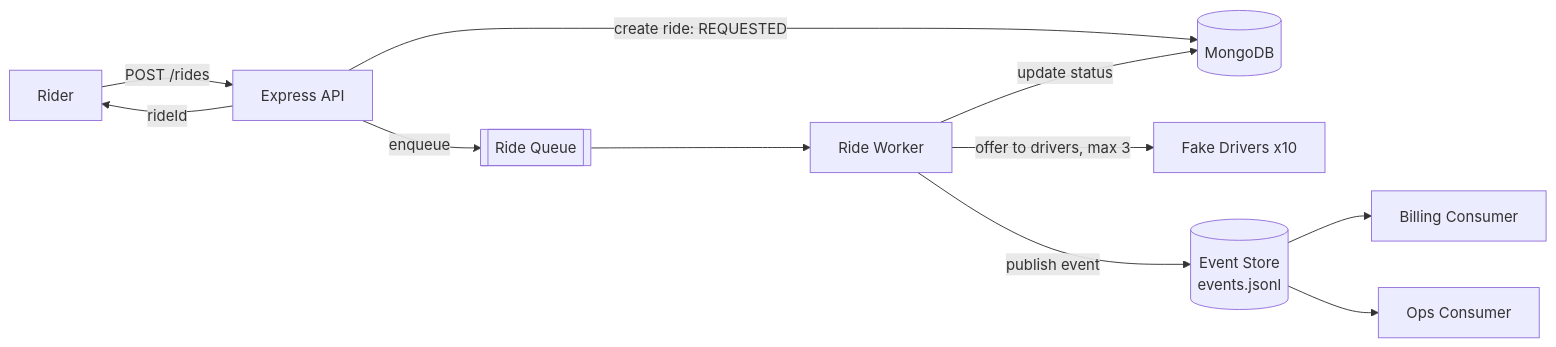
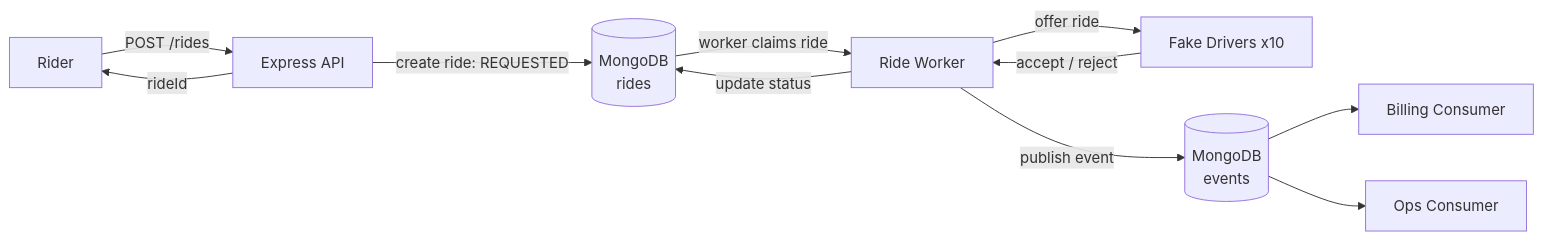
Before and after one commit to ayeshaikh017/ride-booking-system: the first of 2 diagrams in README.md, drawn with Mermaid. The commit also changed other lines of this file and 11 other files, not shown here.

````diff
--- a/README.md
+++ b/README.md
@@ -104,13 +122,13 @@
 ```mermaid
 flowchart LR
     A[Rider] -->|POST /rides| B[Express API]
-    B -->|create ride: REQUESTED| C[(MongoDB)]
-    B -->|enqueue| D[[Ride Queue]]
+    B -->|create ride: REQUESTED| C[(MongoDB<br/>rides)]
     B -->|rideId| A
-    D --> E[Ride Worker]
-    E -->|offer to drivers, max 3| F[Fake Drivers x10]
-    E -->|update status| C
-    E -->|publish event| G[(Event Store<br/>events.jsonl)]
-    G --> H[Billing Consumer]
-    G --> I[Ops Consumer]
+    C -->|worker claims ride| D[Ride Worker]
+    D -->|offer ride| E[Fake Drivers x10]
+    E -->|accept / reject| D
+    D -->|update status| C
+    D -->|publish event| F[(MongoDB<br/>events)]
+    F --> G[Billing Consumer]
+    F --> H[Ops Consumer]
 ```
````
